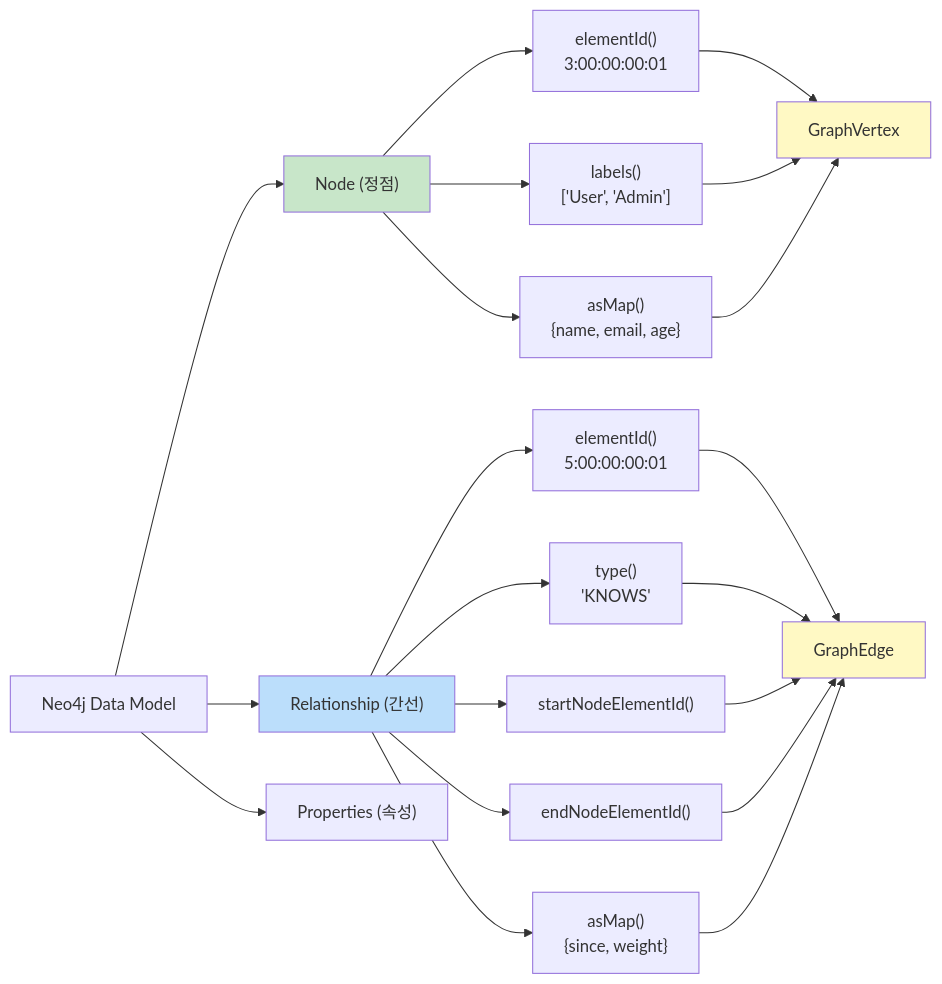
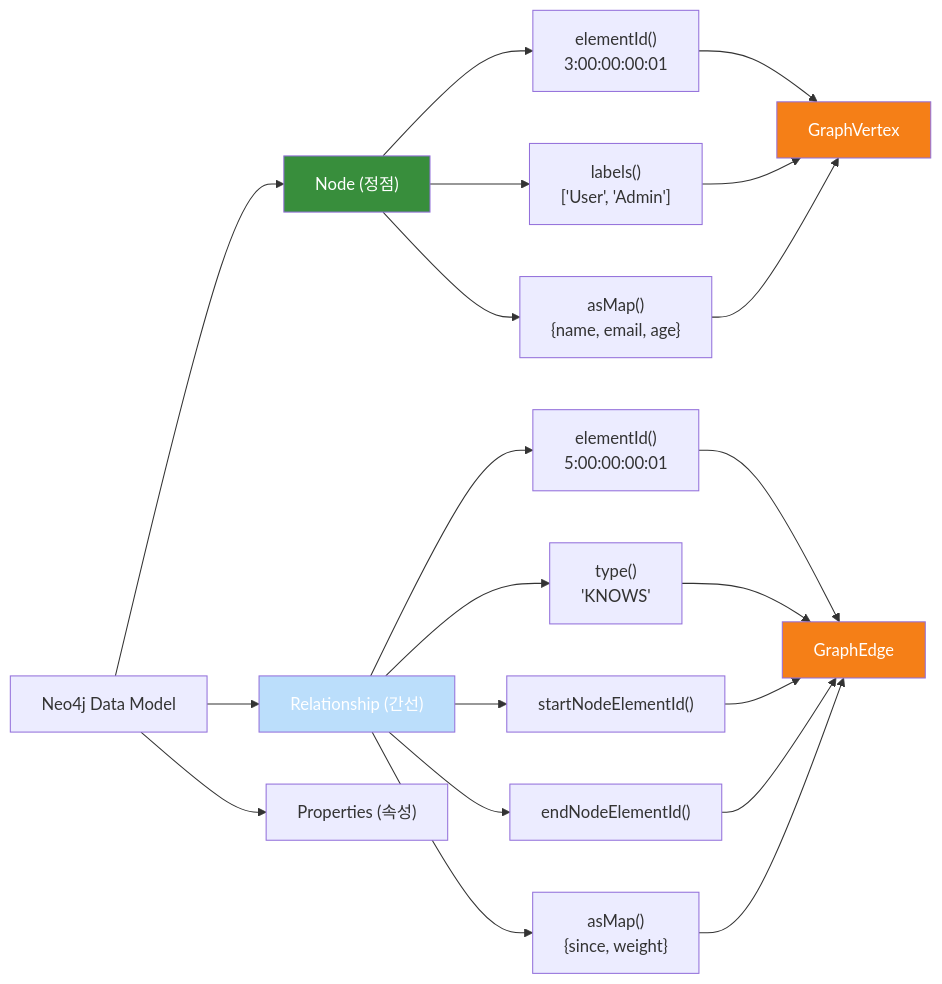
One commit to bluetape4k/bluetape4k-experimental changed diagram 11 of 12 in graph/graph-neo4j/README.md. Above: the diagram before and after it, drawn with Mermaid. The commit also changed other lines of this file and 71 other files, not shown here.

First line of the commit message:
feat(graph): Memgraph, TinkerPop 백엔드 및 Neo4j/Memgraph/TinkerPop 예제 추가

````diff
--- a/graph/graph-neo4j/README.md
+++ b/graph/graph-neo4j/README.md
@@ -486,50 +486,50 @@
 ```mermaid
 graph LR
     Neo4j["Neo4j Data Model"]
 
     Node["Node (정점)"]
     Rel["Relationship (간선)"]
     Props["Properties (속성)"]
 
     NodeId["elementId()<br/>3:00:00:00:01"]
     NodeLabels["labels()<br/>['User', 'Admin']"]
     NodeProps["asMap()<br/>{name, email, age}"]
 
     RelId["elementId()<br/>5:00:00:00:01"]
     RelType["type()<br/>'KNOWS'"]
     RelStartId["startNodeElementId()"]
     RelEndId["endNodeElementId()"]
     RelProps["asMap()<br/>{since, weight}"]
 
     GVertex["GraphVertex"]
     GEdge["GraphEdge"]
 
     Neo4j --> Node
     Neo4j --> Rel
     Neo4j --> Props
 
     Node --> NodeId
     Node --> NodeLabels
     Node --> NodeProps
 
     Rel --> RelId
     Rel --> RelType
     Rel --> RelStartId
     Rel --> RelEndId
     Rel --> RelProps
 
     NodeId --> GVertex
     NodeLabels --> GVertex
     NodeProps --> GVertex
 
     RelId --> GEdge
     RelType --> GEdge
     RelStartId --> GEdge
     RelEndId --> GEdge
     RelProps --> GEdge
 
-    style Node fill:#c8e6c9
-    style Rel fill:#bbdefb
-    style GVertex fill:#fff9c4
-    style GEdge fill:#fff9c4
+    style Node fill:#388E3C,color:#fff
+    style Rel fill:#bbdefb,color:#fff
+    style GVertex fill:#F57F17,color:#fff
+    style GEdge fill:#F57F17,color:#fff
 ```
````
